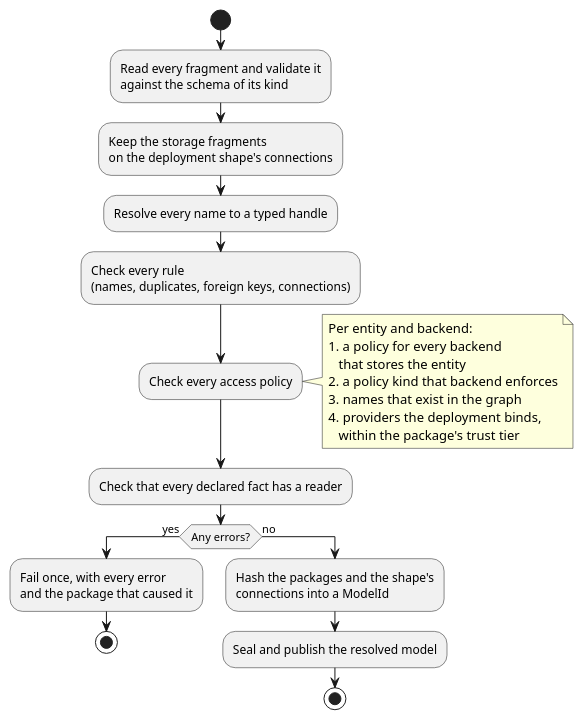
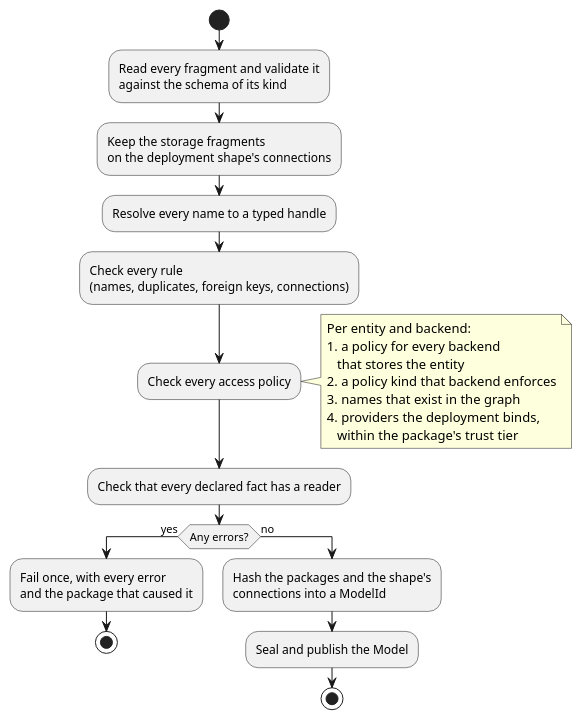
One commit to gitlabhq/orbit-knowledge-graph changed the third of 10 diagrams in docs/pages/engineering/adr/024_pluggable_data_model.md. Above: the diagram before and after it, drawn with PlantUML. The commit also changed other lines of this file, not shown here.

First line of the commit message:
docs(adr): name the Model and its Id handles in ADR 024

````diff
--- a/docs/pages/engineering/adr/024_pluggable_data_model.md
+++ b/docs/pages/engineering/adr/024_pluggable_data_model.md
@@ -277,30 +277,30 @@
 ```plantuml
 @startuml
 set separator none
 skinparam shadowing false
 start
 :Read every fragment and validate it\nagainst the schema of its kind;
 :Keep the storage fragments\non the deployment shape's connections;
 :Resolve every name to a typed handle;
 :Check every rule\n(names, duplicates, foreign keys, connections);
 :Check every access policy;
 note right
   Per entity and backend:
   1. a policy for every backend
      that stores the entity
   2. a policy kind that backend enforces
   3. names that exist in the graph
   4. providers the deployment binds,
      within the package's trust tier
 end note
 :Check that every declared fact has a reader;
 if (Any errors?) then (yes)
   :Fail once, with every error\nand the package that caused it;
   stop
 else (no)
   :Hash the packages and the shape's\nconnections into a ModelId;
-  :Seal and publish the resolved model;
+  :Seal and publish the Model;
   stop
 endif
 @enduml
 ```
````
